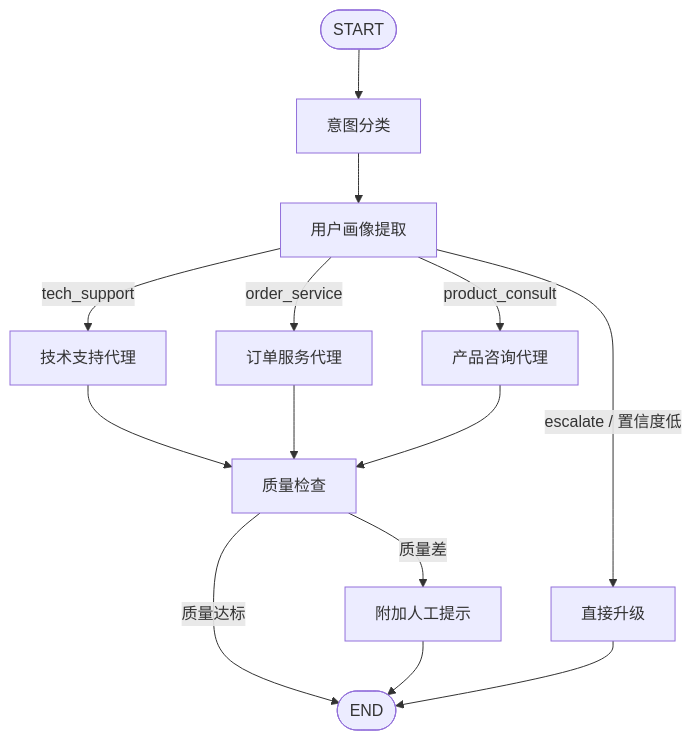
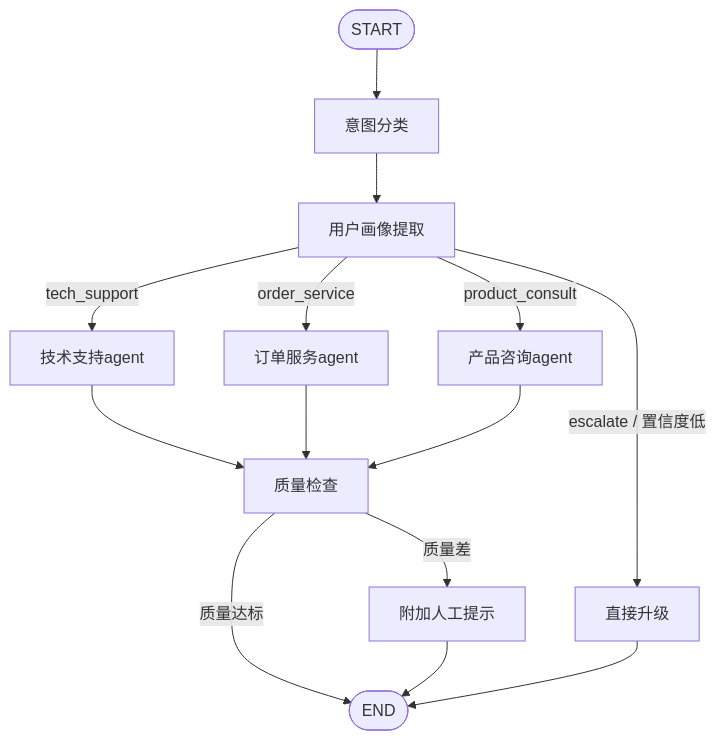
One commit to Yijtu/multi-agent-customer-service changed the diagram in README.md. Above: the diagram before and after it, drawn with Mermaid.

````diff
--- a/README.md
+++ b/README.md
@@ -21,16 +21,16 @@
 ```mermaid
 flowchart TD
     START([START]) --> classify[意图分类]
     classify --> extract[用户画像提取]
-    extract -->|tech_support| tech[技术支持代理]
-    extract -->|order_service| order[订单服务代理]
-    extract -->|product_consult| product[产品咨询代理]
+    extract -->|tech_support| tech[技术支持agent]
+    extract -->|order_service| order[订单服务agent]
+    extract -->|product_consult| product[产品咨询agent]
     extract -->|escalate / 置信度低| escalate[直接升级]
     tech --> quality[质量检查]
     order --> quality
     product --> quality
     quality -->|质量达标| END([END])
     quality -->|质量差| final_esc[附加人工提示]
     escalate --> END
     final_esc --> END
 ```
````
